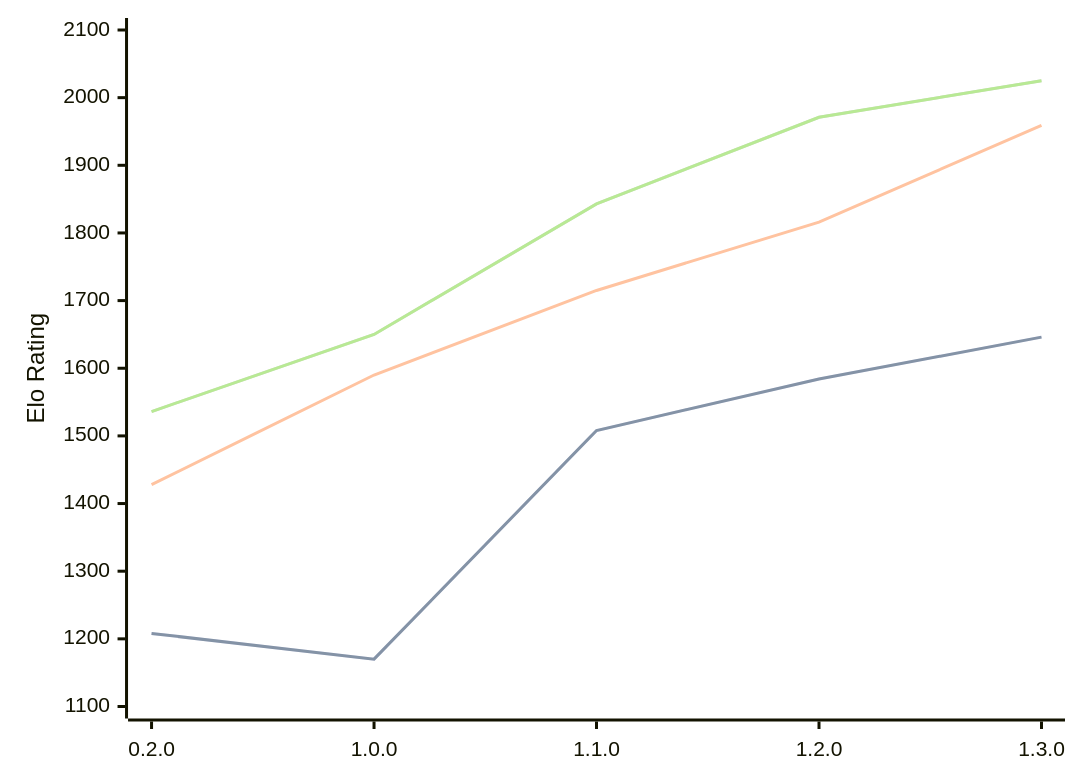
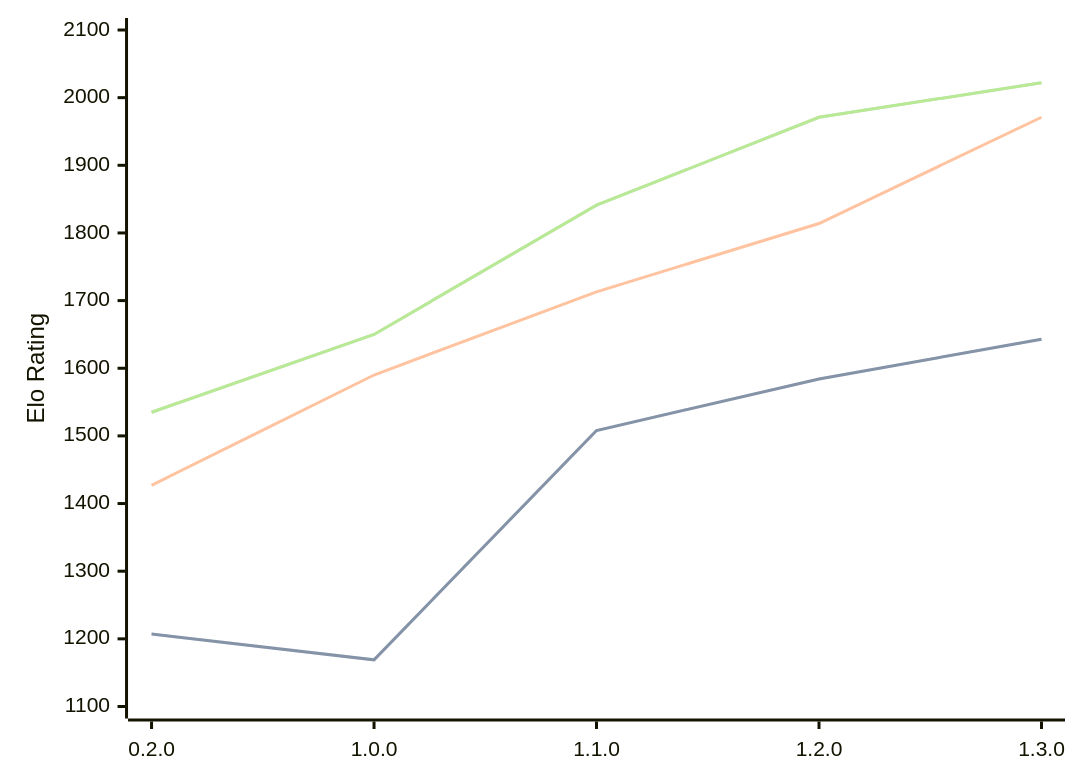
Before and after one commit to computer-chess-index/cci: the diagram in engines/Zeppelin.md, drawn with Mermaid. The commit also changed other lines of this file, not shown here.

Commit message:
Update CCI Ratings (ELO VLTC) - 2026-03-09

````diff
--- a/engines/Zeppelin.md
+++ b/engines/Zeppelin.md
@@ -35,11 +35,11 @@
 ```mermaid
 %%{init: {"theme":"base","themeVariables":{"seriesColors:['#a3a3a3','#222221','#faa371']}}}%%
 xychart-beta
   x-axis ["0.2.0", "1.0.0", "1.1.0", "1.2.0", "1.3.0"]
   y-axis "Elo Rating" 1100 --> 2100
-  line "STC (8.0+0.08s)" [1208, 1170, 1508, 1584, 1646]
-  line "STC (8.0+0.08s)" [1208, 1170, 1508, 1584, 1646]
-  line "LTC (60.0+0.60s)" [1428, 1590, 1715, 1816, 1959]
-  line "VLTC (2m24s+1.12s)" [1536, 1650, 1843, 1971, 2025]
-  line "VLTC (2m24s+1.12s)" [1536, 1650, 1843, 1971, 2025]
+  line "STC (8.0+0.08s)" [1207, 1169, 1508, 1584, 1643]
+  line "STC (8.0+0.08s)" [1207, 1169, 1508, 1584, 1643]
+  line "LTC (60.0+0.60s)" [1427, 1590, 1713, 1814, 1971]
+  line "VLTC (2m24s+1.12s)" [1535, 1650, 1841, 1971, 2022]
+  line "VLTC (2m24s+1.12s)" [1535, 1650, 1841, 1971, 2022]
 ```
````
